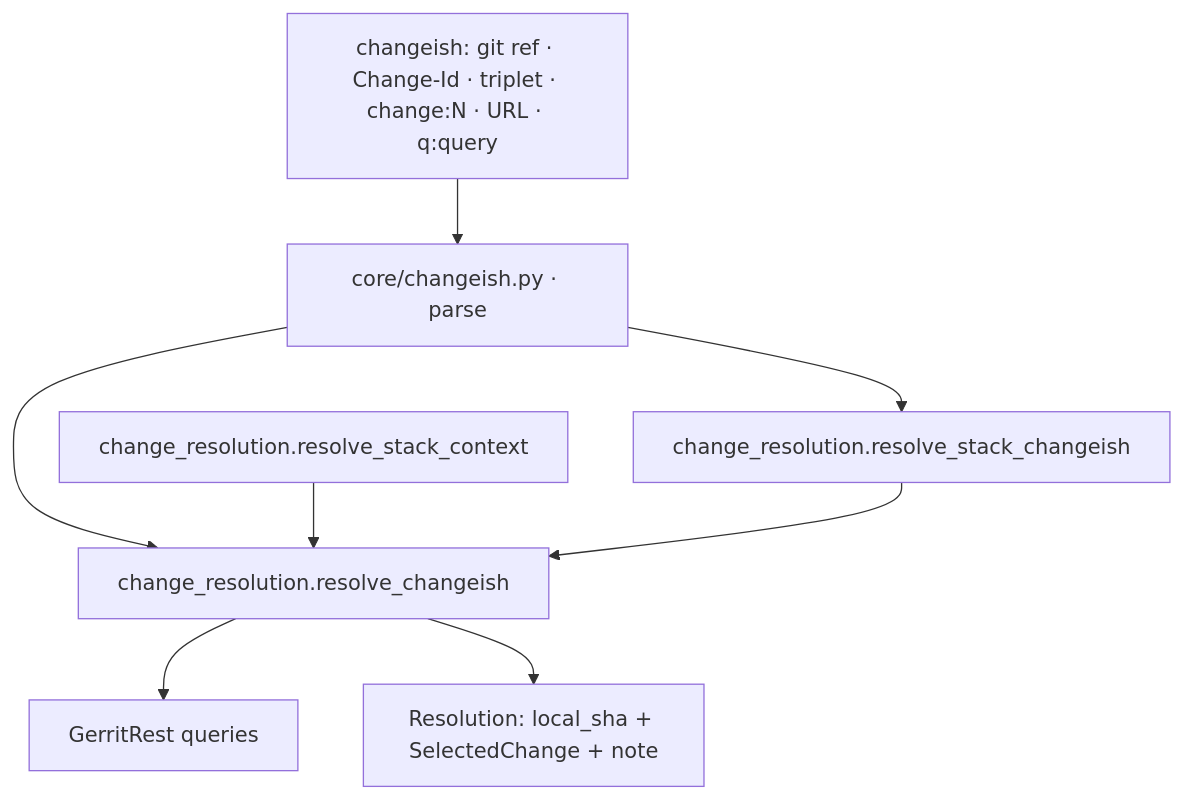
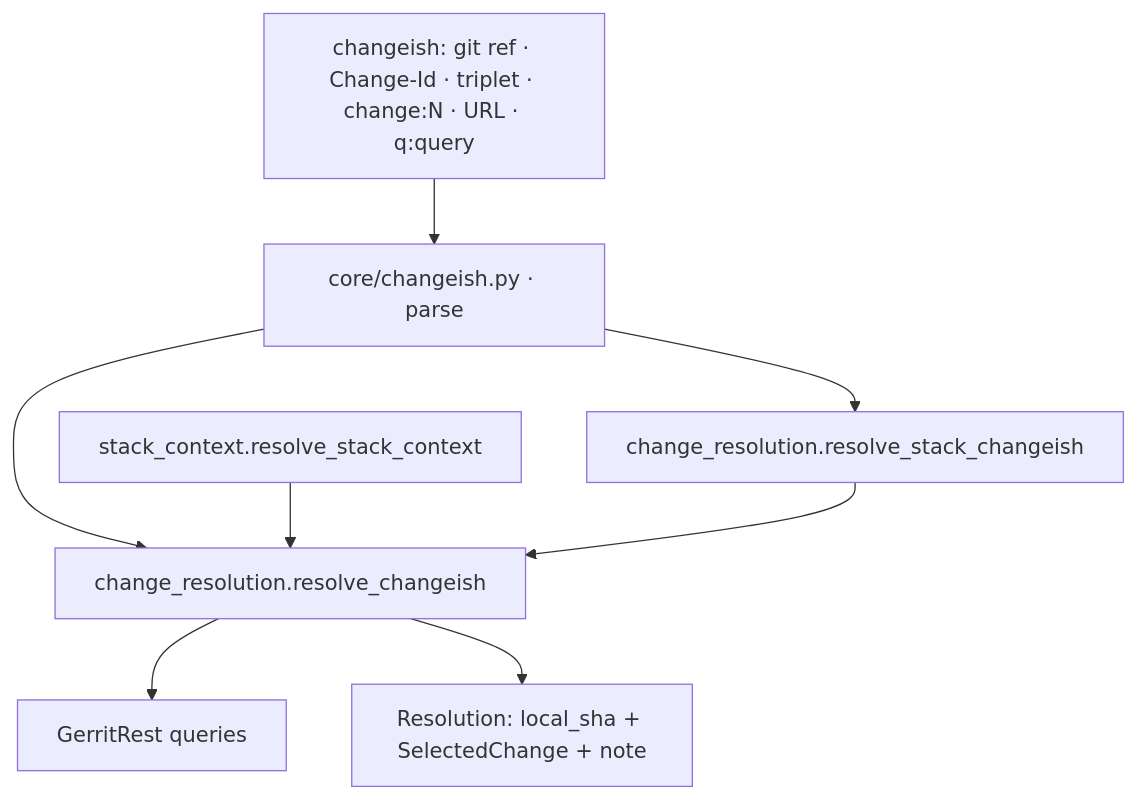
Before and after one commit to togrue/gerrit-workflow-tools: the sixth of 8 diagrams in docu/architecture.md, drawn with Mermaid. The commit also changed other lines of this file and 18 other files, not shown here.

First line of the commit message:
Move stack context out of change_resolution into its own module

````diff
--- a/docu/architecture.md
+++ b/docu/architecture.md
@@ -238,18 +238,18 @@
 ```mermaid
 flowchart TB
   input[changeish: git ref · Change-Id · triplet · change:N · URL · q:query]
   classify[core/changeish.py · parse]
-  stack_ctx[change_resolution.resolve_stack_context]
+  stack_ctx[stack_context.resolve_stack_context]
   resolve[change_resolution.resolve_changeish]
   stack_resolve[change_resolution.resolve_stack_changeish]
   rest[GerritRest queries]
   output[Resolution: local_sha + SelectedChange + note]
 
   input --> classify
   classify --> resolve
   classify --> stack_resolve
   stack_ctx --> resolve
   stack_resolve --> resolve
   resolve --> rest
   resolve --> output
 ```
````
